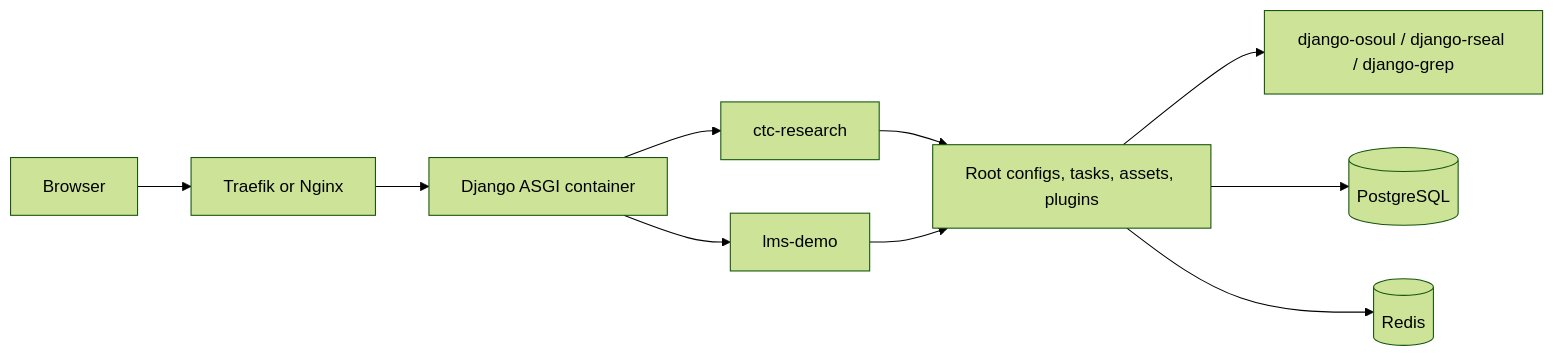
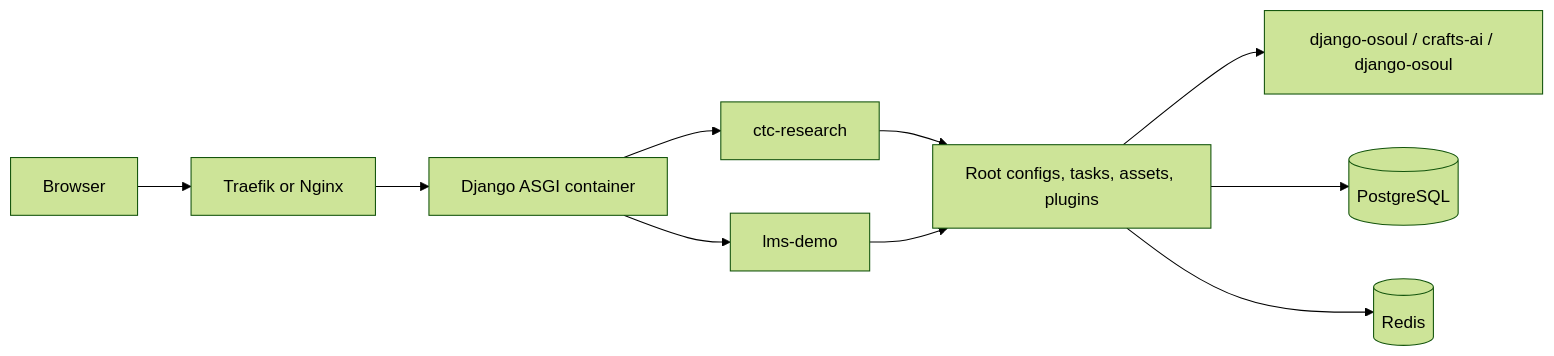
One commit to mammhoud/django-fusion changed the diagram in docs/architecture/index.md. Above: the diagram before and after it, drawn with Mermaid (forest theme). The commit also changed 1481 other files, not shown here.

````diff
--- a/docs/architecture/index.md
+++ b/docs/architecture/index.md
@@ -16,12 +16,12 @@
 ```mermaid
 flowchart LR
     User[Browser] --> Proxy[Traefik or Nginx]
     Proxy --> App[Django ASGI container]
     App --> SiteA[ctc-research]
     App --> SiteB[lms-demo]
     SiteA --> Shared[Root configs, tasks, assets, plugins]
     SiteB --> Shared
-    Shared --> Libs[django-osoul / django-rseal / django-grep]
+    Shared --> Libs[django-osoul / crafts-ai / django-osoul]
     Shared --> Postgres[(PostgreSQL)]
     Shared --> Redis[(Redis)]
 ```
````
